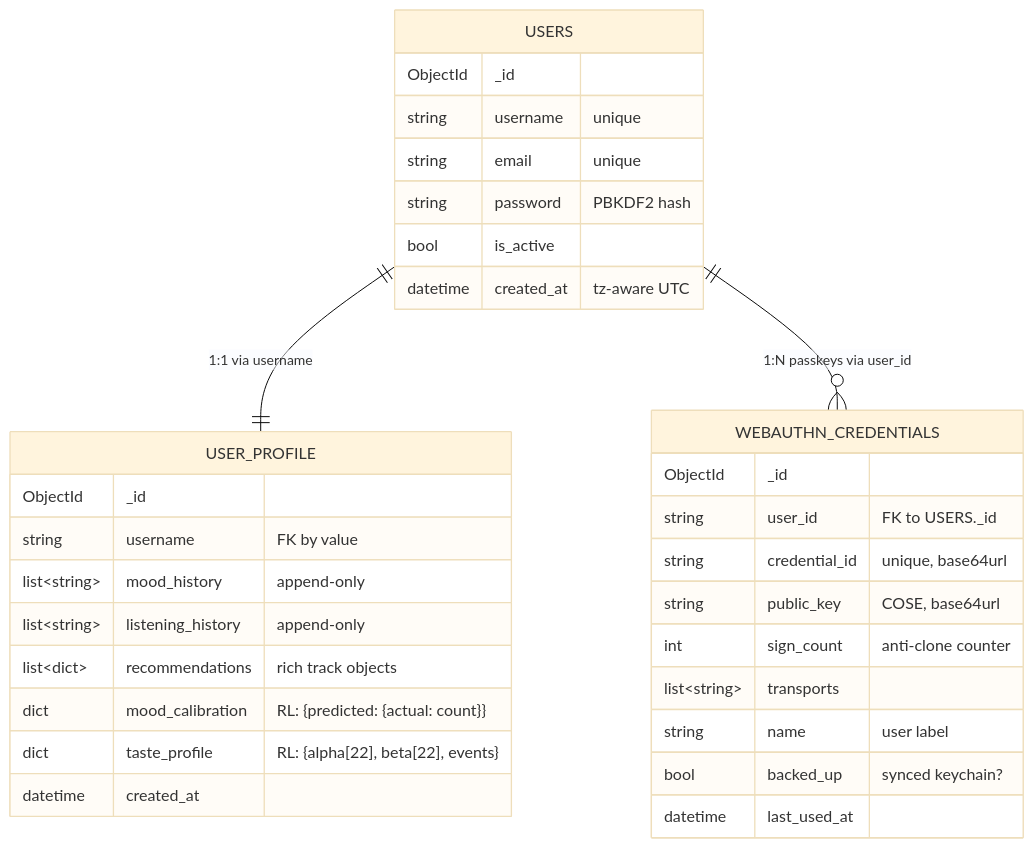
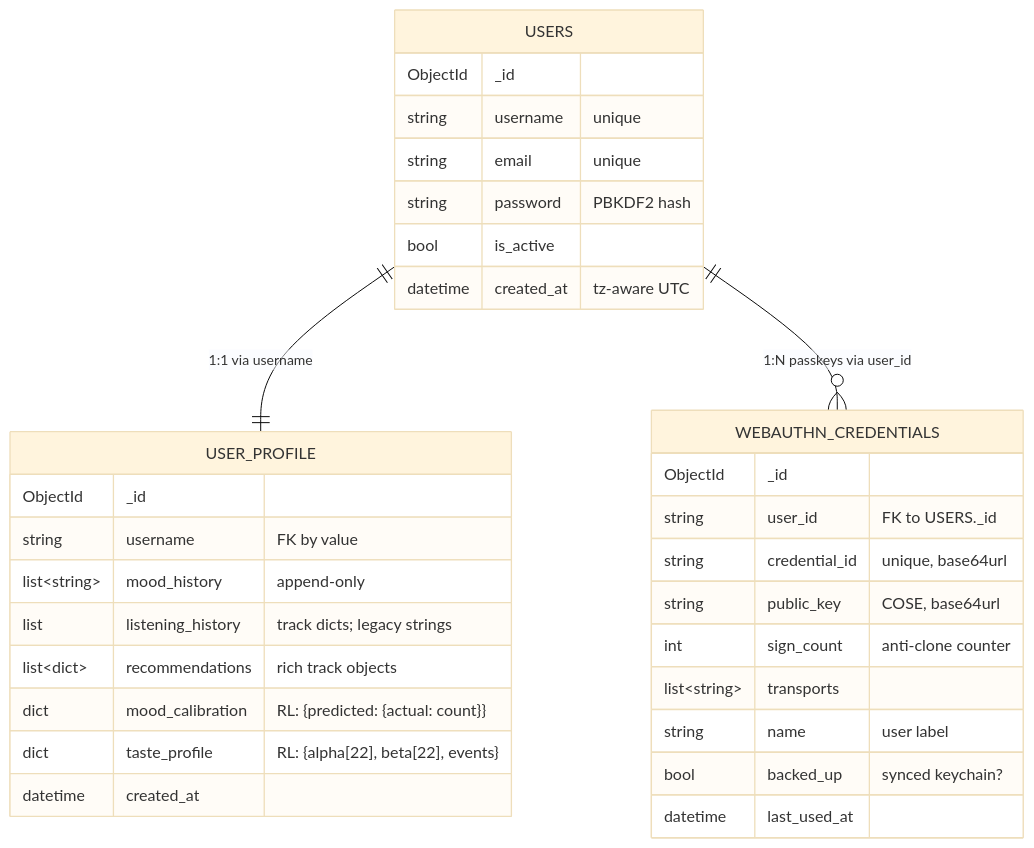
The fourth of 6 diagrams in backend/README.md (hoangsonww/Moodify-Emotion-Music-App), drawn with Mermaid (base theme) before and after one commit. The commit also changed other lines of this file and 5 other files, not shown here.

First line of the commit message:
docs: bring READMEs, ARCHITECTURE, and wiki up to date

````diff
--- a/backend/README.md
+++ b/backend/README.md
@@ -205,37 +205,37 @@
 ```mermaid
 erDiagram
     USERS ||--|| USER_PROFILE : "1:1 via username"
     USERS ||--o{ WEBAUTHN_CREDENTIALS : "1:N passkeys via user_id"
 
     USERS {
         ObjectId _id
         string username "unique"
         string email "unique"
         string password "PBKDF2 hash"
         bool is_active
         datetime created_at "tz-aware UTC"
     }
 
     WEBAUTHN_CREDENTIALS {
         ObjectId _id
         string user_id "FK to USERS._id"
         string credential_id "unique, base64url"
         string public_key "COSE, base64url"
         int sign_count "anti-clone counter"
         list~string~ transports
         string name "user label"
         bool backed_up "synced keychain?"
         datetime last_used_at
     }
 
     USER_PROFILE {
         ObjectId _id
         string username "FK by value"
         list~string~ mood_history "append-only"
-        list~string~ listening_history "append-only"
+        list listening_history "track dicts; legacy strings"
         list~dict~ recommendations "rich track objects"
         dict mood_calibration "RL: {predicted: {actual: count}}"
         dict taste_profile "RL: {alpha[22], beta[22], events}"
         datetime created_at
     }
 ```
````
